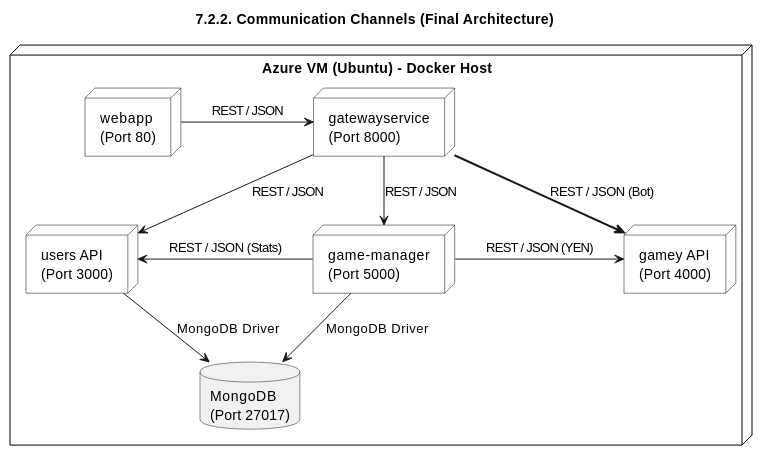
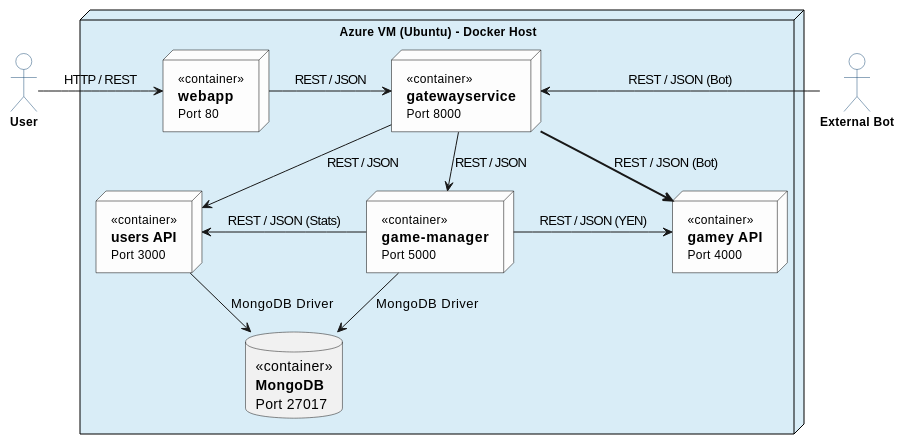
Before and after one commit to Arquisoft/yovi_en3a: the second of 2 diagrams in docs/src/07_deployment_view.adoc, drawn with PlantUML.

Commit message:
Diagram 7.2.1 fixed

```diff
--- a/docs/src/07_deployment_view.adoc
+++ b/docs/src/07_deployment_view.adoc
@@ -72,57 +72,73 @@
 [plantuml, target="deployment-lv2-azure", format="png"]
 ----
 @startuml
-' --- CONFIGURACIÓN ESTILO AZURE LIMPIO ---
+' =========================
+' Configuración de estilo
+' =========================
 skinparam backgroundColor white
-skinparam roundcorner 0
+skinparam roundcorner 5
 skinparam shadowing false
 skinparam componentStyle uml2
 skinparam DefaultFontName "Arial"
-skinparam nodesep 60
-skinparam ranksep 50
+skinparam nodesep 50
+skinparam ranksep 40
 
+' =========================
+' Estilo de contenedores
+' =========================
 skinparam node {
-    BackgroundColor white
+    BackgroundColor #fdfdfd
     BorderColor black
+    FontColor black
+    FontSize 12
+    StereotypeAlignment center
 }
 
-title 7.2.2. Communication Channels (Final Architecture)
+' =========================
+' Estilo de actores (cabeza pintada)
+' =========================
+skinparam actor {
+    BackgroundColor #3399FF  ' Azul oscuro
+    BorderColor #1F4E79
+    FontColor black
+    FontStyle bold
+    FontSize 12
+}
+skinparam actorStyle classic  ' Para que la cabeza sea visible y uniforme
 
-' Estiramos el contenedor usando un alias y espaciado
-node "Azure VM (Ubuntu) - Docker Host" as Host {
+' =========================
+' Actores externos
+' =========================
+actor "User" as user
+actor "External Bot" as bot
 
-    ' Fila 1: Entrada y Gestión
-    node "webapp\n(Port 80)" as webapp
-    node "gatewayservice\n(Port 8000)" as gateway
+' =========================
+' Contenedor Azure VM con fondo azul claro
+' =========================
+node "Azure VM (Ubuntu) - Docker Host" as Host #D9EDF7 {
+
+    node "«container»\n<size:14><b>webapp</b></size>\nPort 80" as webapp
+    node "«container»\n<size:14><b>gatewayservice</b></size>\nPort 8000" as gateway
+    node "«container»\n<size:14><b>users API</b></size>\nPort 3000" as users
+    node "«container»\n<size:14><b>game-manager</b></size>\nPort 5000" as manager
+    node "«container»\n<size:14><b>gamey API</b></size>\nPort 4000" as gamey
     
-    ' Fila 2: Lógica
-    node "users API\n(Port 3000)" as users
-    node "game-manager\n(Port 5000)" as manager
-    
-    ' Fila 3: Motor y Datos
-    node "gamey API\n(Port 4000)" as gamey
-    database "MongoDB\n(Port 27017)" as mongodb
+    database "«container»\n<size:14><b>MongoDB</b></size>\nPort 27017" as mongodb
 }
 
-' --- FLUJO DE COMUNICACIÓN ---
-
-' Flujo principal de entrada
+' =========================
+' Flujos
+' =========================
+user -right-> webapp : HTTP / REST
+bot -right-> gateway : REST / JSON (Bot)
 webapp -right-> gateway : REST / JSON
-
-' Distribución desde el Gateway
 gateway -down-> users : REST / JSON
 gateway -down-> manager : REST / JSON
-
-' Comunicación directa con motor
 gateway -[bold]-> gamey : REST / JSON (Bot)
-
-' Orquestación interna
 manager -right-> gamey : REST / JSON (YEN)
 manager -left-> users : REST / JSON (Stats)
-
-' Persistencia
 users -down-> mongodb : MongoDB Driver
 manager -down-> mongodb : MongoDB Driver
 
 @enduml
 ----
```
